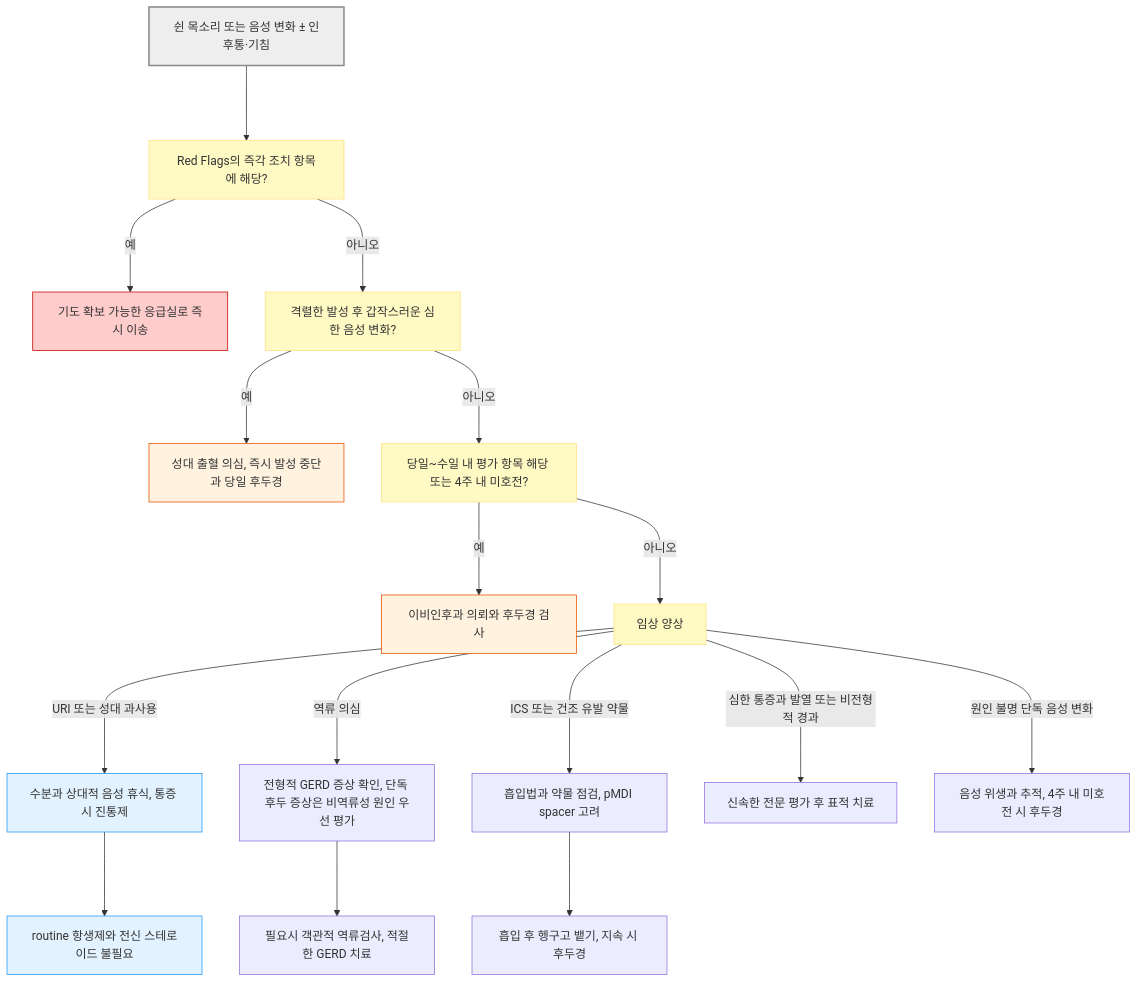
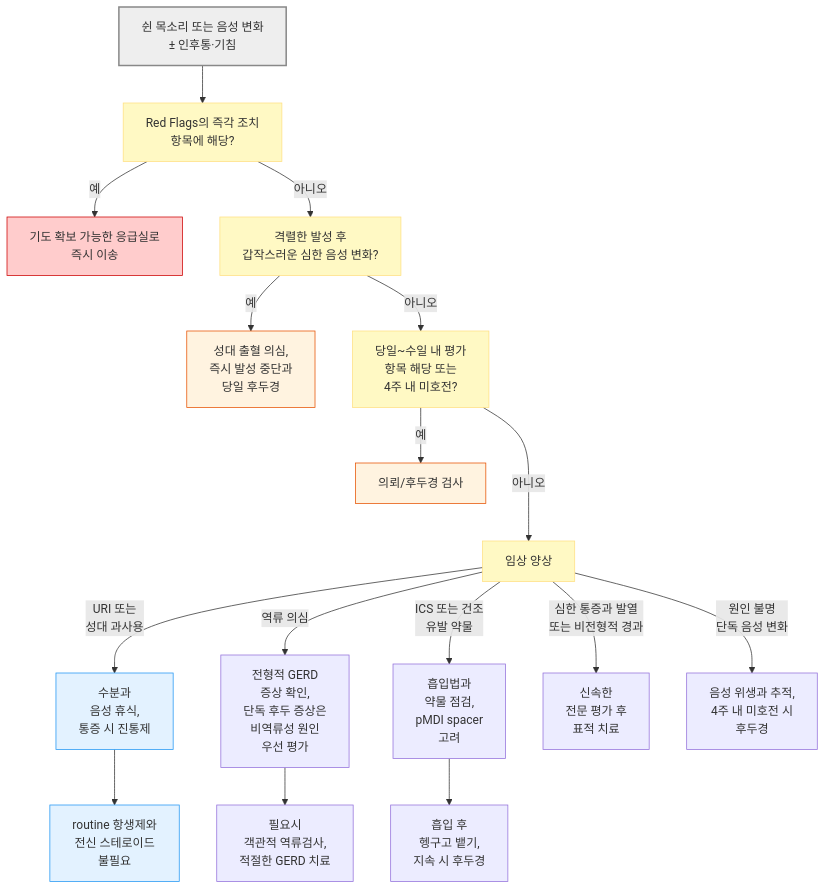
The diagram in 223_/063_-laryngitis.md (familyoh77/familyoh77), drawn with Mermaid before and after one commit. The commit also changed other lines of this file, not shown here.

````diff
--- a/223_/063_-laryngitis.md
+++ b/223_/063_-laryngitis.md
@@ -68,28 +72,26 @@
 ```mermaid
 graph TD
-    A["쉰 목소리 또는 음성 변화 ± 인후통·기침"] ---> B["Red Flags의 즉각 조치 항목에 해당?"]
-    B --->|예| C["기도 확보 가능한 응급실로 즉시 이송"]
-    B --->|아니오| D["격렬한 발성 후 갑작스러운 심한 음성 변화?"]
-    D --->|예| E["성대 출혈 의심, 즉시 발성 중단과 당일 후두경"]
-    D --->|아니오| F["당일~수일 내 평가 항목 해당 또는 4주 내 미호전?"]
-    F --->|예| G["이비인후과 의뢰와 후두경 검사"]
+    A["쉰 목소리 또는 음성 변화 <br/>± 인후통·기침"] --> B["Red Flags의 즉각 조치 <br/>항목에 해당?"]
+    B -->|예| C["기도 확보 가능한 응급실로 <br/>즉시 이송"]
+    B -->|아니오| D["격렬한 발성 후 <br/>갑작스러운 심한 음성 변화?"]
+    D -->|예| E["성대 출혈 의심, <br/>즉시 발성 중단과 <br/>당일 후두경"]
+    D -->|아니오| F["당일~수일 내 평가 <br/>항목 해당 또는 <br/>4주 내 미호전?"]
+    F -->|예| G["의뢰/후두경 검사"]
     F --->|아니오| H["임상 양상"]
-    H --->|URI 또는 성대 과사용| I["수분과 상대적 음성 휴식, 통증 시 진통제"]
-    H --->|역류 의심| J["전형적 GERD 증상 확인, 단독 후두 증상은 비역류성 원인 우선 평가"]
-    H --->|ICS 또는 건조 유발 약물| K["흡입법과 약물 점검, pMDI spacer 고려"]
-    H --->|심한 통증과 발열 또는 비전형적 경과| L["신속한 전문 평가 후 표적 치료"]
-    H --->|원인 불명 단독 음성 변화| M["음성 위생과 추적, 4주 내 미호전 시 후두경"]
-    I ---> N["routine 항생제와 전신 스테로이드 불필요"]
-    J ---> O["필요시 객관적 역류검사, 적절한 GERD 치료"]
-    K ---> P["흡입 후 헹구고 뱉기, 지속 시 후두경"]
+    H -->|URI 또는 <br/>성대 과사용| I["수분과 <br/>음성 휴식, <br/>통증 시 진통제"]
+    H -->|역류 의심| J["전형적 GERD <br/>증상 확인, <br/>단독 후두 증상은 <br/>비역류성 원인 <br/>우선 평가"]
+    H -->|ICS 또는 건조 <br/>유발 약물| K["흡입법과 <br/>약물 점검, <br/>pMDI spacer <br/>고려"]
+    H -->|심한 통증과 발열 <br/>또는 비전형적 경과| L["신속한 <br/>전문 평가 후<br/> 표적 치료"]
+    H -->|원인 불명 <br/>단독 음성 변화| M["음성 위생과 추적, <br/>4주 내 미호전 시 <br/>후두경"]
+    I --> N["routine 항생제와 <br/>전신 스테로이드 <br/>불필요"]
+    J --> O["필요시 <br/>객관적 역류검사, <br/>적절한 GERD 치료"]
+    K --> P["흡입 후 <br/>헹구고 뱉기, <br/>지속 시 후두경"]
     style A fill:#eeeeee,stroke:#888888,stroke-width:2px
-    style B fill:#fff9c4,stroke:#ffe082
-    style D fill:#fff9c4,stroke:#ffe082
-    style F fill:#fff9c4,stroke:#ffe082
-    style H fill:#fff9c4,stroke:#ffe082
+    classDef yellow fill:#fff9c4,stroke:#ffe082
+    class B,D,F,H yellow
     style C fill:#ffcccc,stroke:#cc0000
     style E fill:#fff3e0,stroke:#e65100
     style G fill:#fff3e0,stroke:#e65100
     style I fill:#e3f2ff,stroke:#2196f3
     style N fill:#e3f2ff,stroke:#2196f3
 ```
````
